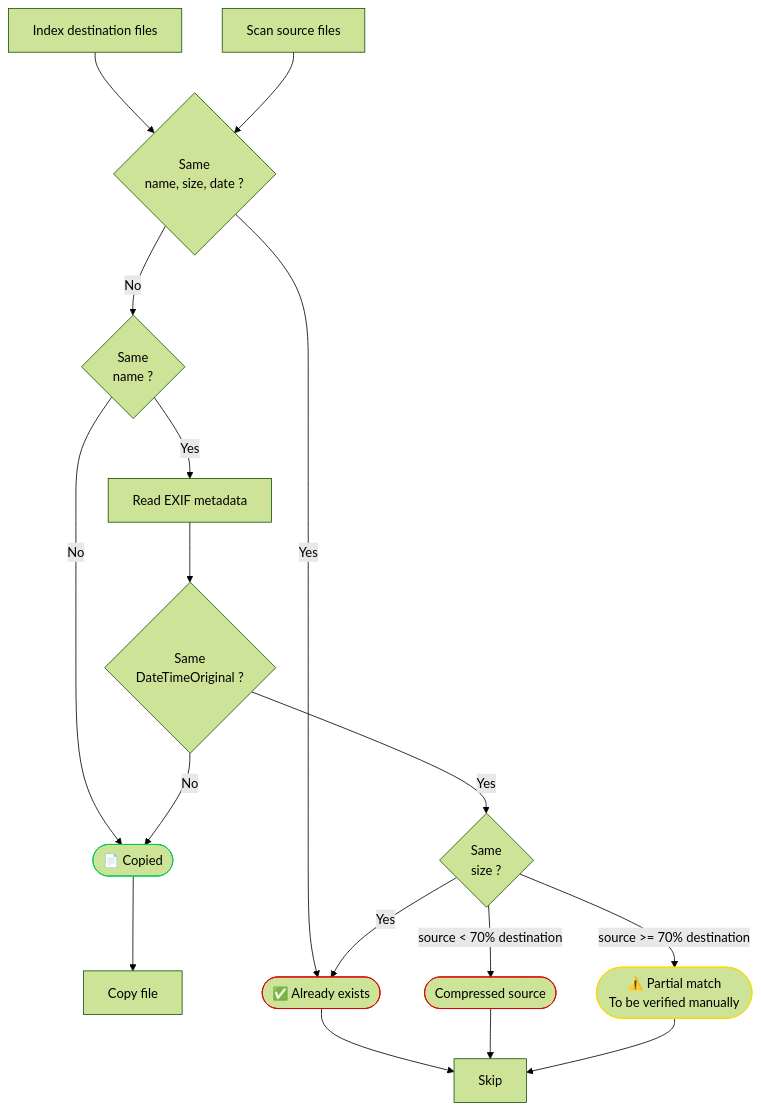
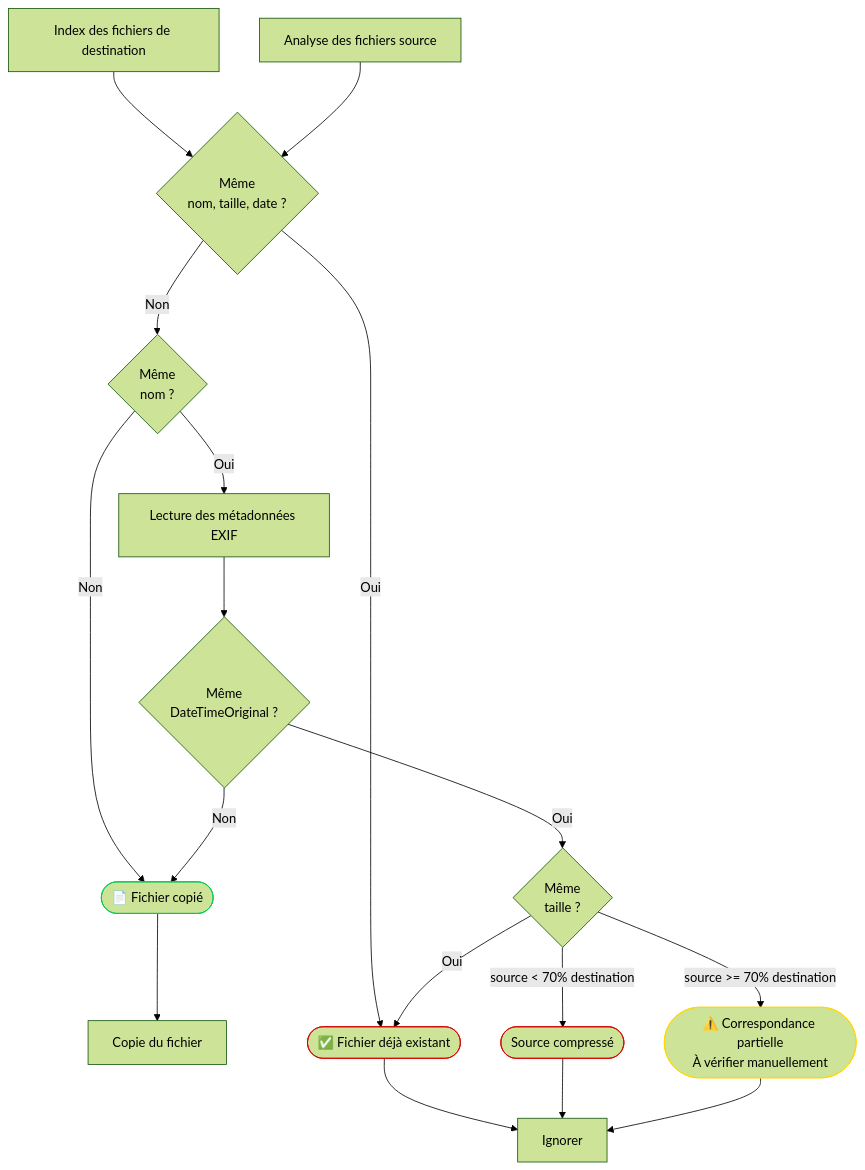
One commit to FunkyKwak/unique-photo-transfer changed the diagram in docs/README.fr.md. Above: the diagram before and after it, drawn with Mermaid (forest theme). The commit also changed other lines of this file, not shown here.

Commit message:
docs: update automatic French translation [skip ci]

````diff
--- a/docs/README.fr.md
+++ b/docs/README.fr.md
@@ -52,45 +52,45 @@
 ```mermaid
 flowchart TD
 
-    A[Index destination files]
-    B[Scan source files]
-    C{Same<br>name, size, date ?}
-    D[Copy file]
-    E([✅ Already exists])
-    F[Read EXIF metadata]
-    G{Same<br>DateTimeOriginal ?}
-    H([📄 Copied])
-    I([⚠️ Partial match<br>To be verified manually])
-    J[Skip]
-    L{Same<br>size ?}
-    M([Compressed source])
+    A[Index des fichiers de destination]
+    B[Analyse des fichiers source]
+    C{Même<br>nom, taille, date ?}
+    D[Copie du fichier]
+    E([✅ Fichier déjà existant])
+    F[Lecture des métadonnées EXIF]
+    G{Même<br>DateTimeOriginal ?}
+    H([📄 Fichier copié])
+    I([⚠️ Correspondance partielle<br>À vérifier manuellement])
+    J[Ignorer]
+    L{Même<br>taille ?}
+    M([Source compressé])
 
     A --> C
     B --> C
 
-    C -->|Yes| E
-    C -->|No| K{Same<br>name ?}
+    C -->|Oui| E
+    C -->|Non| K{Même<br>nom ?}
     
-    K -->|No| H
-    K -->|Yes| F
+    K -->|Non| H
+    K -->|Oui| F
 
     F --> G
 
-    G -->|Yes| L
-    G -->|No| H
+    G -->|Oui| L
+    G -->|Non| H
 
-    L -->|Yes| E
+    L -->|Oui| E
     L -->|source < 70% destination| M
     L -->|source >= 70% destination| I
     
     H --> D
 
     E --> J
     M --> J
     I --> J
     
     style H stroke:#00C853
     style E stroke:#D50000
     style M stroke:#D50000
     style I stroke:#FFD600
 ```
````
